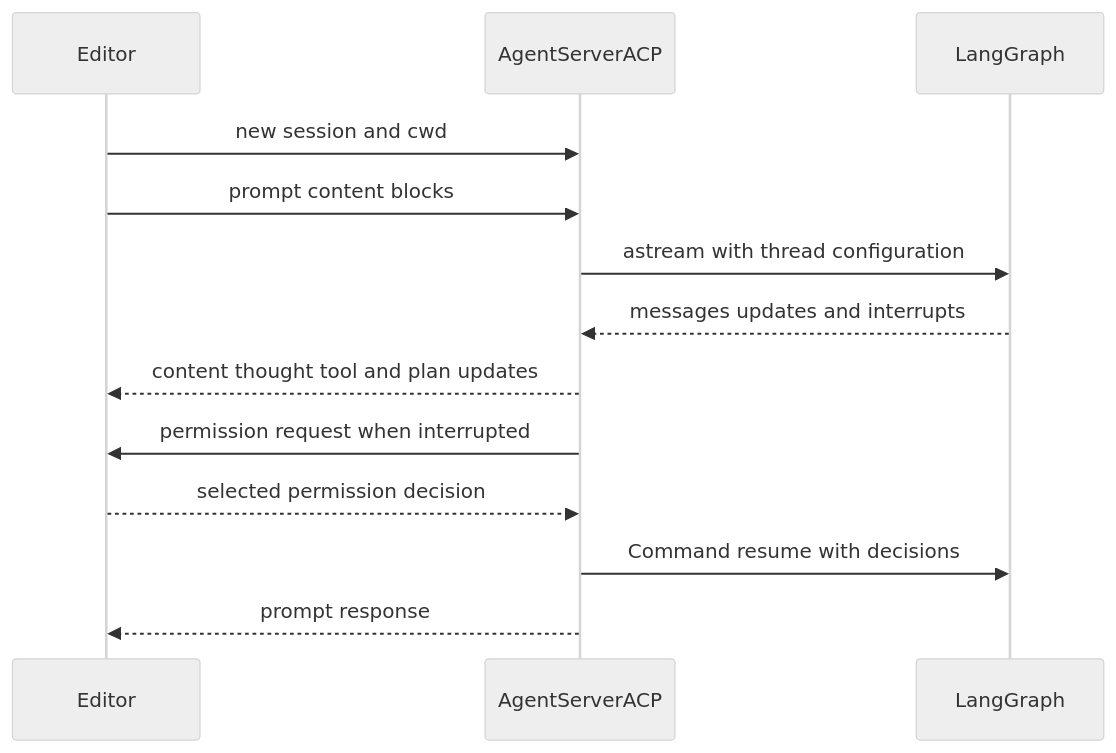
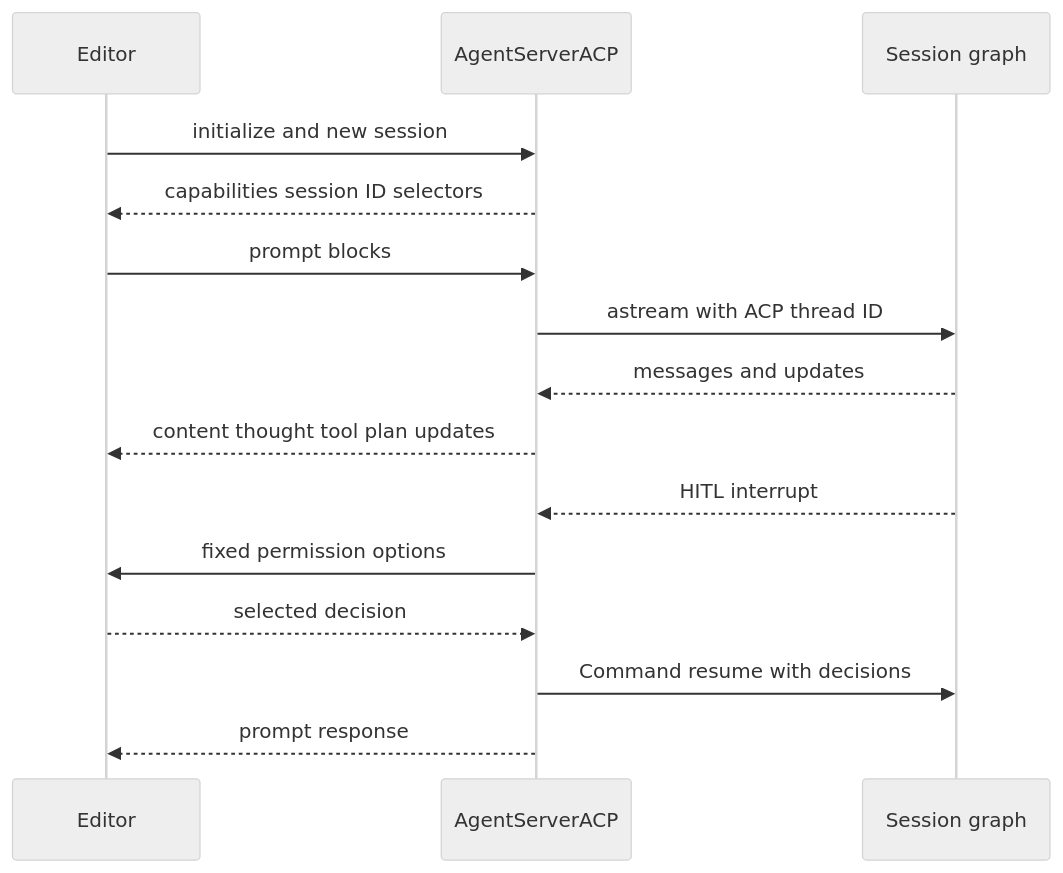
One commit to langchain-ai/deepagents changed the diagram in openwiki/integrations/acp.md. Above: the diagram before and after it, drawn with Mermaid (neutral theme). The commit also changed other lines of this file and 28 other files, not shown here.

````diff
--- a/openwiki/integrations/acp.md
+++ b/openwiki/integrations/acp.md
@@ -74,15 +74,17 @@
 ```mermaid
 sequenceDiagram
     participant Editor
     participant Adapter as AgentServerACP
-    participant Graph as LangGraph
-    Editor->>Adapter: new session and cwd
-    Editor->>Adapter: prompt content blocks
-    Adapter->>Graph: astream with thread configuration
-    Graph-->>Adapter: messages updates and interrupts
-    Adapter-->>Editor: content thought tool and plan updates
-    Adapter->>Editor: permission request when interrupted
-    Editor-->>Adapter: selected permission decision
+    participant Graph as Session graph
+    Editor->>Adapter: initialize and new session
+    Adapter-->>Editor: capabilities session ID selectors
+    Editor->>Adapter: prompt blocks
+    Adapter->>Graph: astream with ACP thread ID
+    Graph-->>Adapter: messages and updates
+    Adapter-->>Editor: content thought tool plan updates
+    Graph-->>Adapter: HITL interrupt
+    Adapter->>Editor: fixed permission options
+    Editor-->>Adapter: selected decision
     Adapter->>Graph: Command resume with decisions
     Adapter-->>Editor: prompt response
 ```
````
